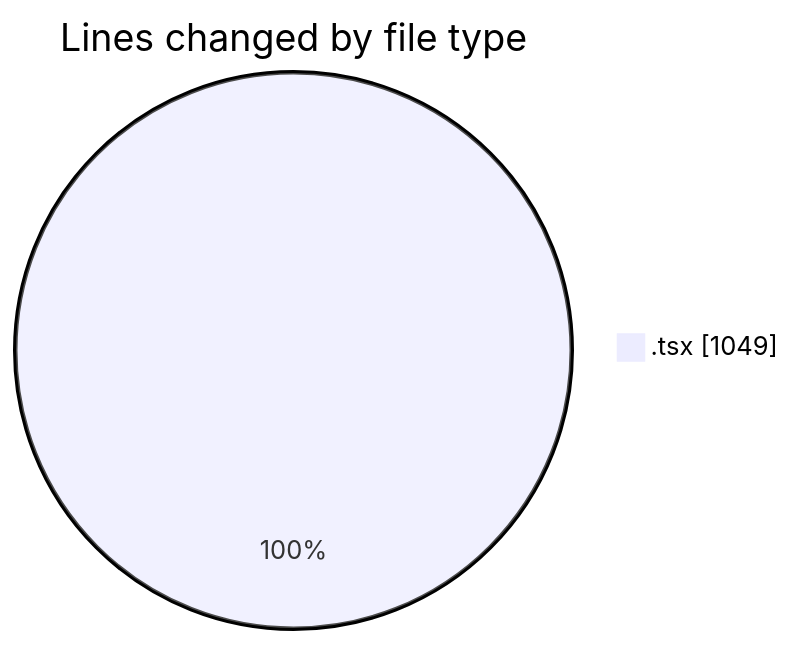
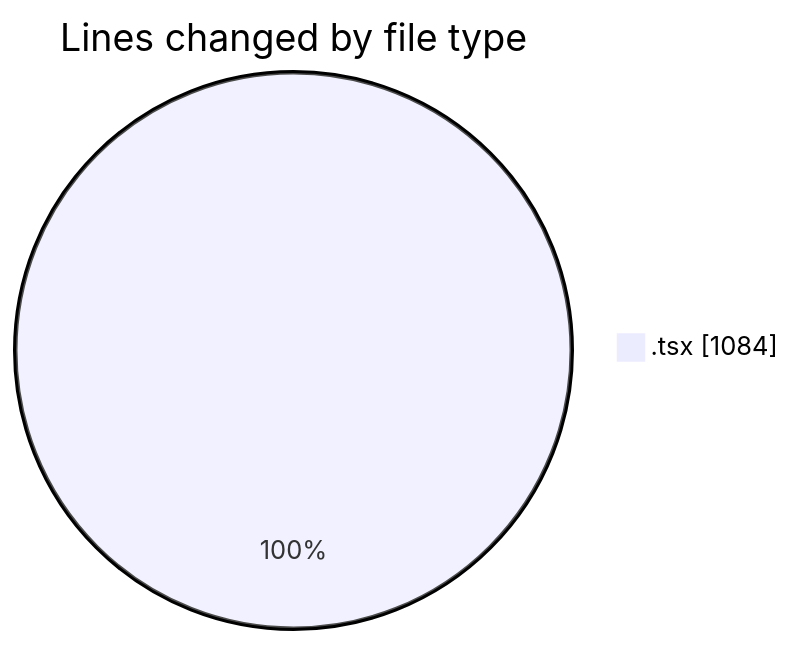
One commit to JenPaints/code-tracking changed the first of 2 diagrams in 2025-05-28/kimberly-groups/README.md. Above: the diagram before and after it, drawn with Mermaid. The commit also changed other lines of this file and 1 other file, not shown here.

````diff
--- a/2025-05-28/kimberly-groups/README.md
+++ b/2025-05-28/kimberly-groups/README.md
@@ -27,5 +27,5 @@
 ```mermaid
 pie showData
 title Lines changed by file type
-".tsx" : 1049
+".tsx" : 1084
 ```
````
